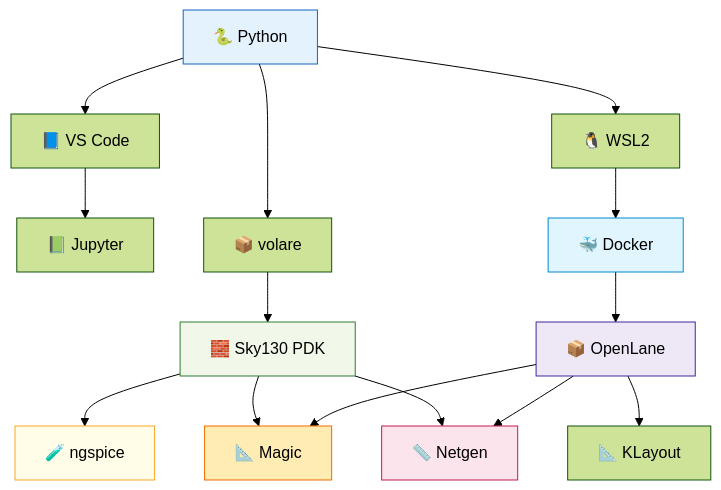
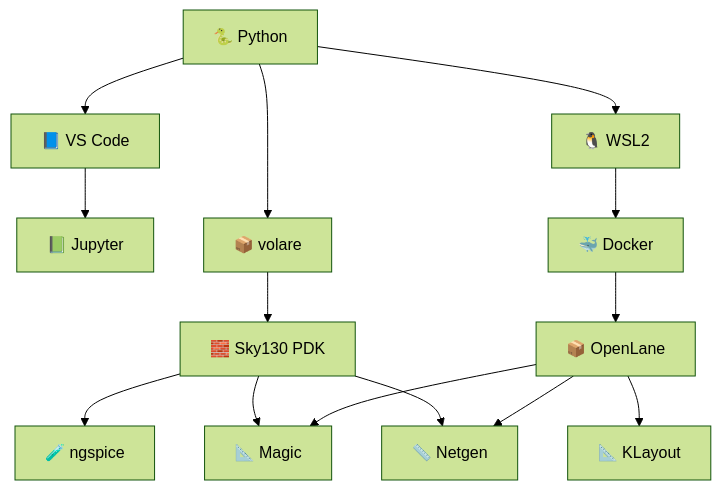
One commit to Samizo-AITL/Edusemi-v4x changed the diagram in e_chapter0_environment_setup/09_complete_environment_checklist.md. Above: the diagram before and after it, drawn with Mermaid (forest theme). The commit also changed other lines of this file, not shown here.

````diff
--- a/e_chapter0_environment_setup/09_complete_environment_checklist.md
+++ b/e_chapter0_environment_setup/09_complete_environment_checklist.md
@@ -112,24 +97,16 @@
 ```mermaid
 graph TD
     A[🐍 Python] --> B[📘 VS Code]
     B --> C[📗 Jupyter]
     A --> D[📦 volare]
     D --> E[🧱 Sky130 PDK]
     E --> F[🧪 ngspice]
     E --> G[📐 Magic]
     E --> H[📏 Netgen]
     A --> I[🐧 WSL2]
     I --> J[🐳 Docker]
     J --> K[📦 OpenLane]
     K --> G
     K --> H
     K --> L[📐 KLayout]
-
-    style A fill:#e3f2fd,stroke:#1565c0
-    style E fill:#f1f8e9,stroke:#2e7d32
-    style F fill:#fffde7,stroke:#f9a825
-    style G fill:#ffecb3,stroke:#ef6c00
-    style H fill:#fce4ec,stroke:#c2185b
-    style J fill:#e1f5fe,stroke:#0288d1
-    style K fill:#ede7f6,stroke:#4527a0
 ```
````
